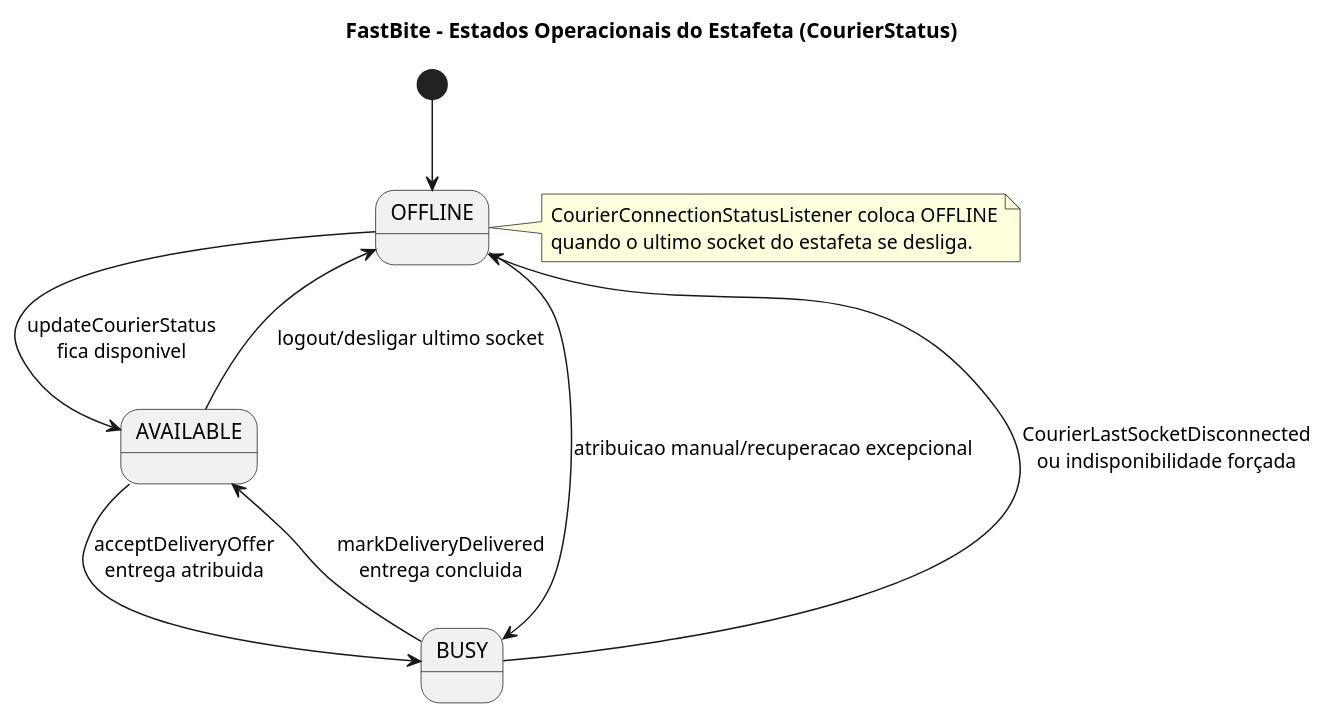
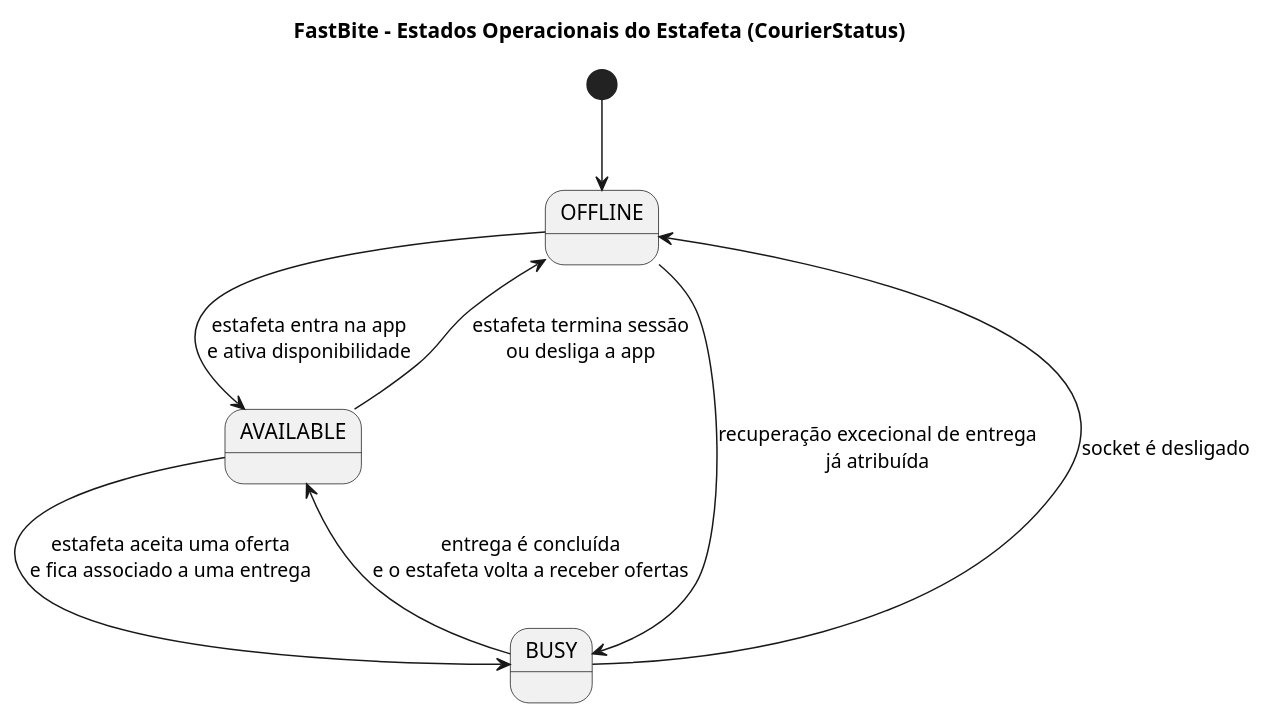
One commit to DuarteMSousa/FastBite changed the diagram in Documentacao/docs novas/04e_estado_estafeta.puml. Above: the diagram before and after it, drawn with PlantUML. The commit also changed 10 other files, not shown here.

First line of the commit message:
Docs: update and add PUML diagrams

```diff
--- a/Documentacao/docs novas/04e_estado_estafeta.puml
+++ b/Documentacao/docs novas/04e_estado_estafeta.puml
@@ -1,20 +1,17 @@
 @startuml FastBite_State_Courier
 title FastBite - Estados Operacionais do Estafeta (CourierStatus)
 
 skinparam shadowing false
 
 [*] --> OFFLINE
 
-OFFLINE --> AVAILABLE : updateCourierStatus\nfica disponivel
-AVAILABLE --> BUSY : acceptDeliveryOffer\nentrega atribuida
-BUSY --> AVAILABLE : markDeliveryDelivered\nentrega concluida
-AVAILABLE --> OFFLINE : logout/desligar ultimo socket
-BUSY --> OFFLINE : CourierLastSocketDisconnected\nou indisponibilidade forçada
-OFFLINE --> BUSY : atribuicao manual/recuperacao excepcional
+OFFLINE --> AVAILABLE : estafeta entra na app\ne ativa disponibilidade
+AVAILABLE --> BUSY : estafeta aceita uma oferta\ne fica associado a uma entrega
+BUSY --> AVAILABLE : entrega é concluída\ne o estafeta volta a receber ofertas
+AVAILABLE --> OFFLINE : estafeta termina sessão\nou desliga a app
+BUSY --> OFFLINE : socket é desligado
+OFFLINE --> BUSY : recuperação excecional de entrega\njá atribuída
 
-note right of OFFLINE
-  CourierConnectionStatusListener coloca OFFLINE
-  quando o ultimo socket do estafeta se desliga.
-end note
+
 
 @enduml
```
